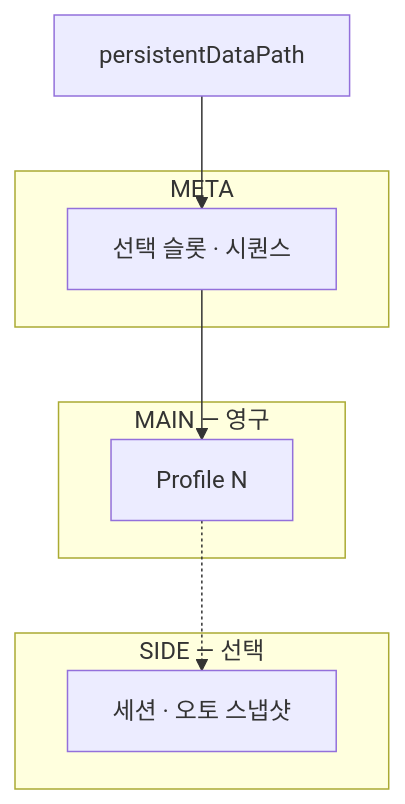
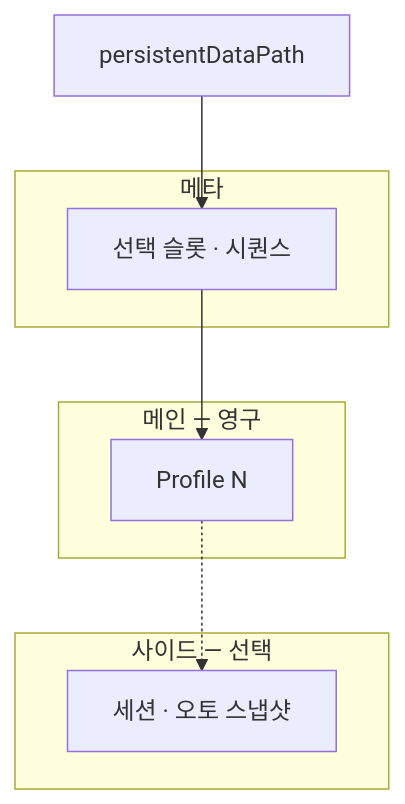
One commit to monet5379/monet5379.github.io changed the diagram in notes/save-layout-boundaries.md. Above: the diagram before and after it, drawn with Mermaid. The commit also changed other lines of this file and 27 other files, not shown here.

````diff
--- a/notes/save-layout-boundaries.md
+++ b/notes/save-layout-boundaries.md
@@ -70,19 +70,19 @@
 ```mermaid
 flowchart TD
   E["persistentDataPath"] --> M
 
-  subgraph META["META"]
+  subgraph META["메타"]
     M["선택 슬롯 · 시퀀스"]
   end
 
-  subgraph MAIN["MAIN — 영구"]
+  subgraph MAIN["메인 — 영구"]
     P["Profile N"]
   end
 
-  subgraph SIDE["SIDE — 선택"]
+  subgraph SIDE["사이드 — 선택"]
     S["세션 · 오토 스냅샷"]
   end
 
   M --> P
   P -.-> S
 ```
````
